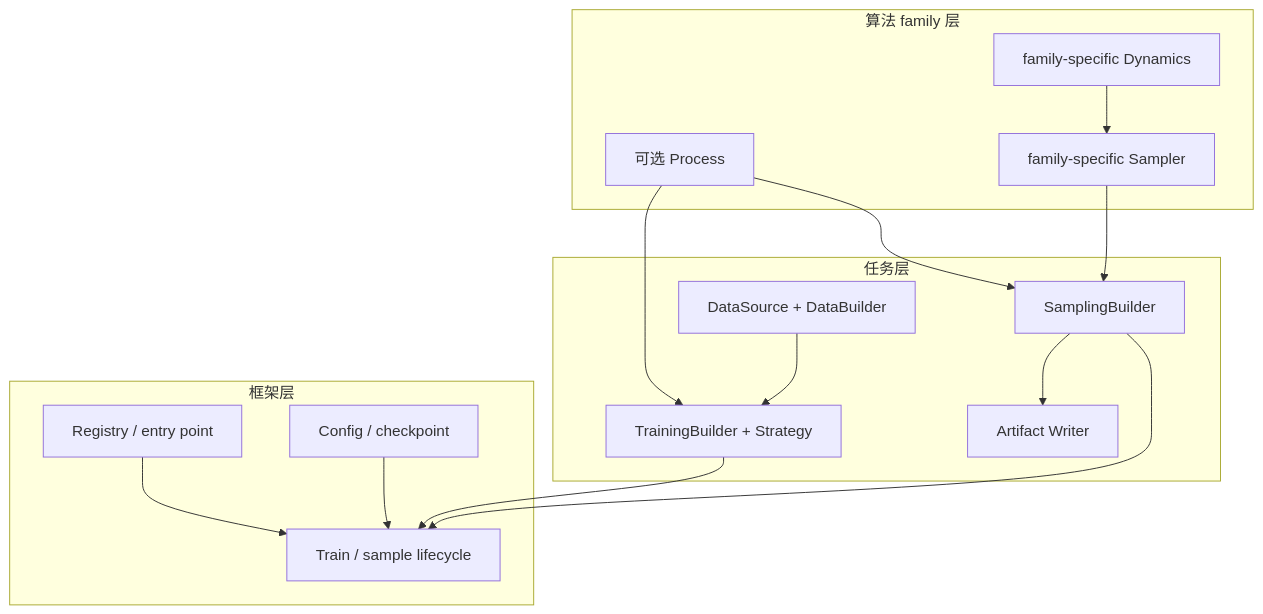
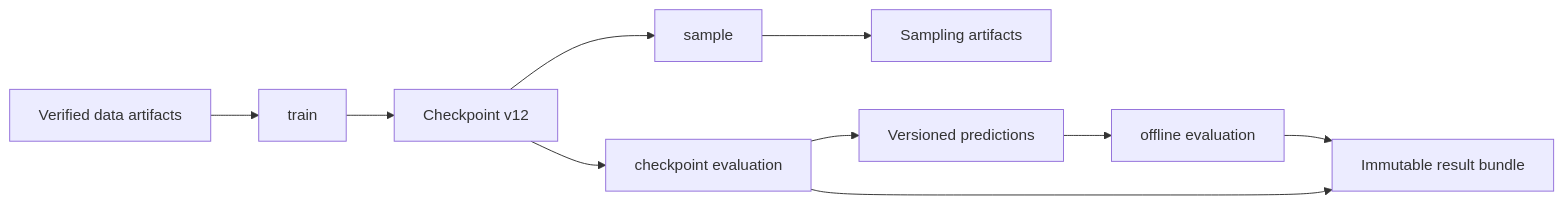
The diagram in docs/framework.md (supermassiveasshole/stochaflow), drawn with Mermaid before and after one commit. The commit also changed other lines of this file and 153 other files, not shown here.

Commit message:
Close pixel P2 training and evaluation loop

````diff
--- a/docs/framework.md
+++ b/docs/framework.md
@@ -144,32 +31,12 @@
 ```mermaid
-flowchart TB
-    subgraph Framework["框架层"]
-        Registry["Registry / entry point"]
-        Config["Config / checkpoint"]
-        Runtime["Train / sample lifecycle"]
-    end
-
-    subgraph Family["算法 family 层"]
-        Process["可选 Process"]
-        Dynamics["family-specific Dynamics"]
-        Sampler["family-specific Sampler"]
-    end
-
-    subgraph Task["任务层"]
-        Data["DataSource + DataBuilder"]
-        Training["TrainingBuilder + Strategy"]
-        Sampling["SamplingBuilder"]
-        Artifact["Artifact Writer"]
-    end
-
-    Registry --> Runtime
-    Config --> Runtime
-    Process --> Training
-    Process --> Sampling
-    Dynamics --> Sampler
-    Sampler --> Sampling
-    Data --> Training
-    Training --> Runtime
-    Sampling --> Runtime
-    Sampling --> Artifact
+flowchart LR
+    Data["Verified data artifacts"] --> Train["train"]
+    Train --> Checkpoint["Checkpoint v12"]
+    Checkpoint --> Sample["sample"]
+    Checkpoint --> LiveEval["checkpoint evaluation"]
+    LiveEval --> Predictions["Versioned predictions"]
+    Predictions --> OfflineEval["offline evaluation"]
+    Sample --> SampleArtifacts["Sampling artifacts"]
+    LiveEval --> Result["Immutable result bundle"]
+    OfflineEval --> Result
 ```
````
